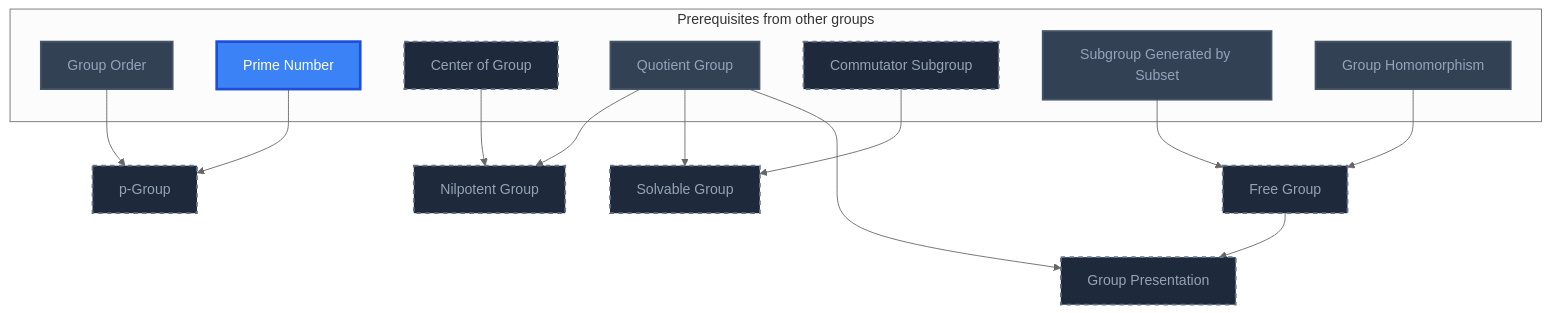
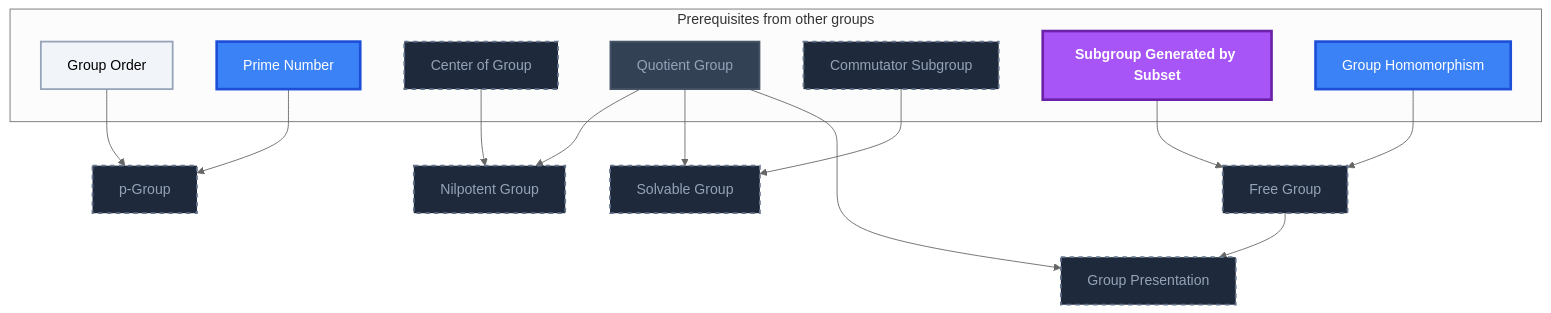
One commit to MRauf1/My-Notes changed the seventh of 20 diagrams in Gamification/Skill Trees/Abstract Algebra.md. Above: the diagram before and after it, drawn with Mermaid (neutral theme). The commit also changed other lines of this file and 57 other files, not shown here.

````diff
--- a/Gamification/Skill Trees/Abstract Algebra.md
+++ b/Gamification/Skill Trees/Abstract Algebra.md
@@ -594,40 +602,42 @@
 ```mermaid
 flowchart TD
     classDef planned fill:#1E293B,stroke:#64748B,stroke-width:2px,stroke-dasharray:5 5,color:#94A3B8;
     classDef locked fill:#334155,stroke:#475569,stroke-width:2px,color:#94A3B8;
     classDef L0 fill:#F1F5F9,stroke:#94A3B8,stroke-width:2px,color:#000000;
     classDef L1 fill:#22C55E,stroke:#15803D,stroke-width:2px,color:#000000;
     classDef L2 fill:#3B82F6,stroke:#1D4ED8,stroke-width:3px,color:#FFFFFF;
     classDef L3 fill:#A855F7,stroke:#6B21A8,stroke-width:3px,color:#FFFFFF,font-weight:bold;
     classDef L4 fill:#F97316,stroke:#C2410C,stroke-width:4px,color:#000000,font-weight:bold;
     classDef L5 fill:#FFD700,stroke:#FF8C00,stroke-width:5px,color:#000000,font-weight:bold;
     classDef rusty stroke:#8B4513,stroke-width:4px,stroke-dasharray:3 3;
     subgraph sg_prereqs["Prerequisites from other groups"]
         n_group_order["Group Order"]
         n_prime_number["Prime Number"]
         n_center_of_group["Center of Group"]
         n_quotient_group["Quotient Group"]
         n_commutator_subgroup["Commutator Subgroup"]
         n_subgroup_generated_by_subset["Subgroup Generated by Subset"]
         n_group_homomorphism["Group Homomorphism"]
     end
     n_p_group["p-Group"]
     n_nilpotent_group["Nilpotent Group"]
     n_solvable_group["Solvable Group"]
     n_free_group["Free Group"]
     n_group_presentation["Group Presentation"]
     n_group_order --> n_p_group
     n_prime_number --> n_p_group
     n_center_of_group --> n_nilpotent_group
     n_quotient_group --> n_nilpotent_group
     n_commutator_subgroup --> n_solvable_group
     n_quotient_group --> n_solvable_group
     n_subgroup_generated_by_subset --> n_free_group
     n_group_homomorphism --> n_free_group
     n_free_group --> n_group_presentation
     n_quotient_group --> n_group_presentation
     class n_center_of_group,n_commutator_subgroup,n_p_group,n_nilpotent_group,n_solvable_group,n_free_group,n_group_presentation planned;
-    class n_group_order,n_quotient_group,n_subgroup_generated_by_subset,n_group_homomorphism locked;
-    class n_prime_number L2;
+    class n_quotient_group locked;
+    class n_group_order L0;
+    class n_prime_number,n_group_homomorphism L2;
+    class n_subgroup_generated_by_subset L3;
     class n_group_order,n_prime_number,n_quotient_group,n_subgroup_generated_by_subset,n_group_homomorphism internal-link;
 ```
````
